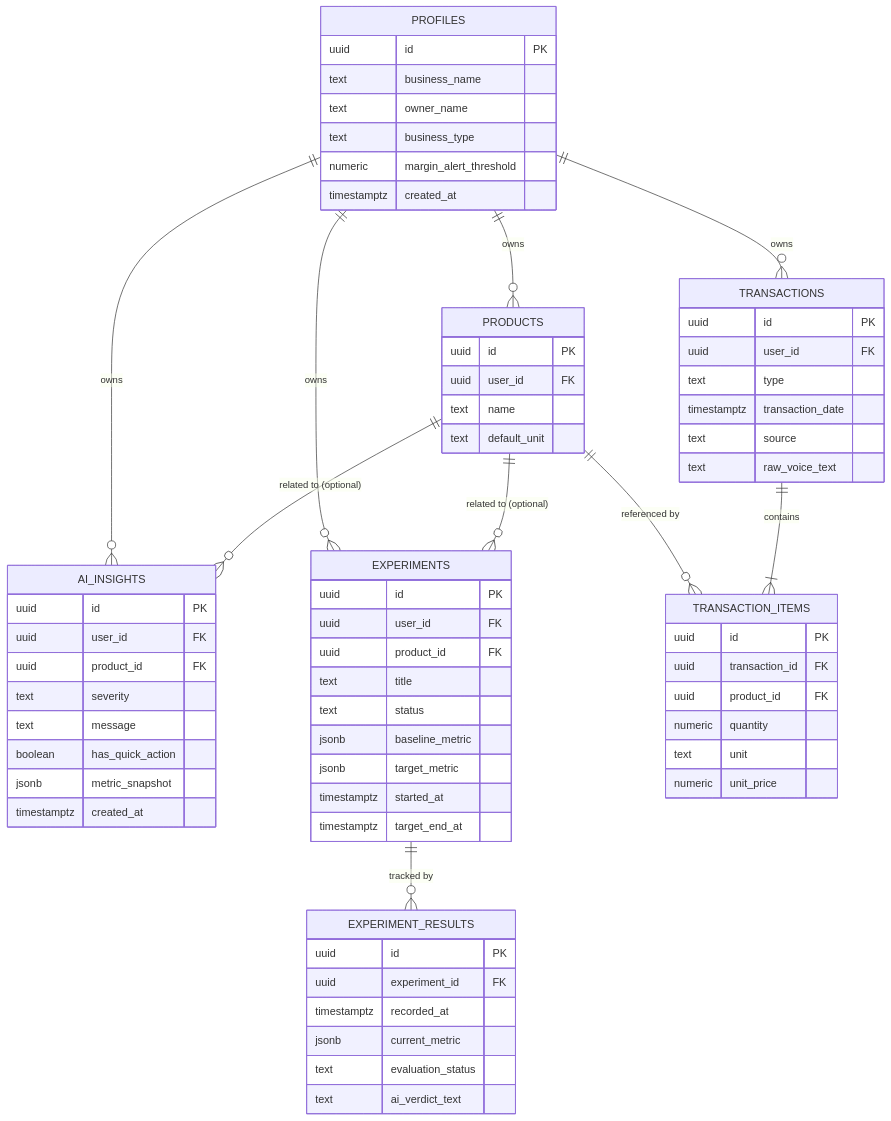
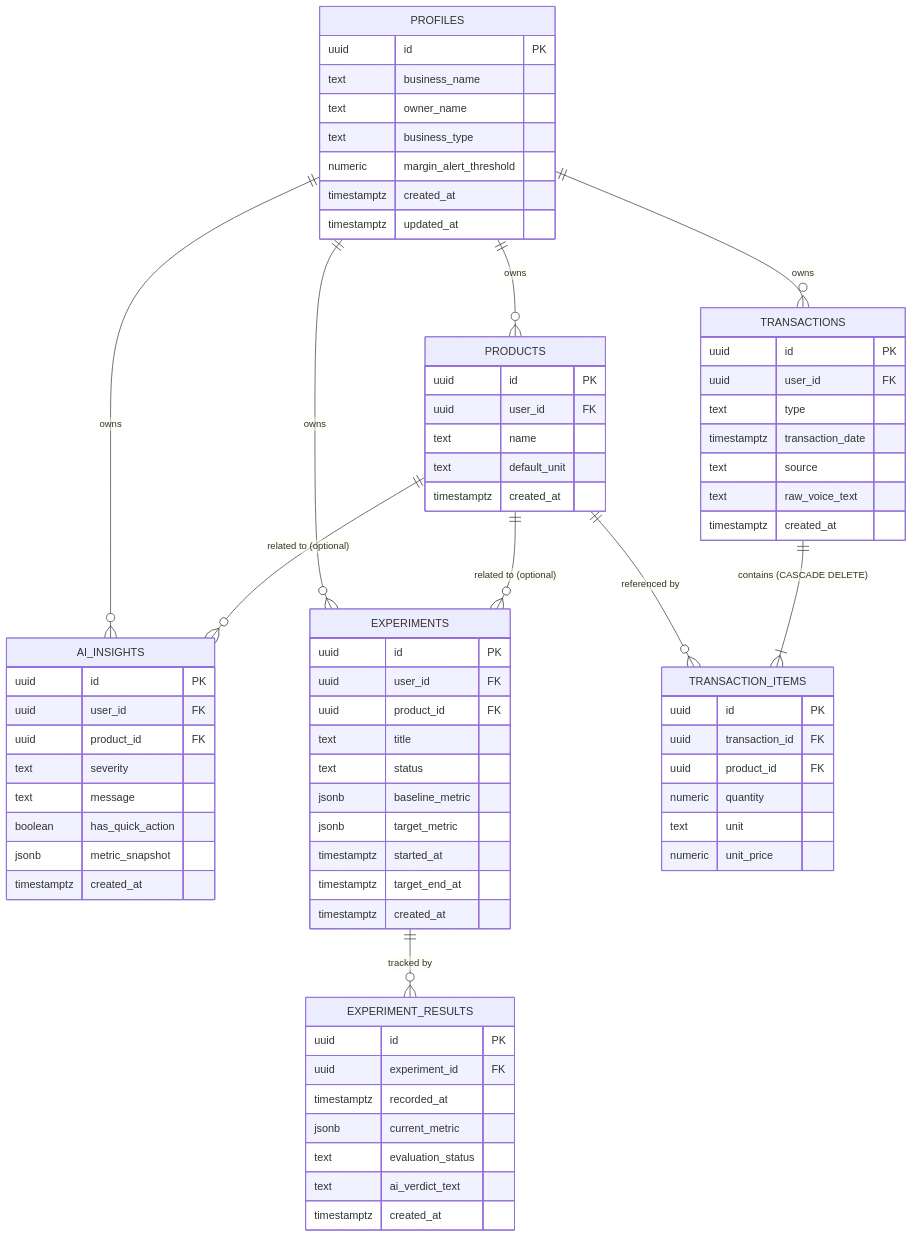
One commit to roymartin-glitch/Vocasyncc changed the first of 5 diagrams in TECHNICAL_SPEC.md. Above: the diagram before and after it, drawn with Mermaid. The commit also changed other lines of this file and 15 other files, not shown here.

````diff
--- a/TECHNICAL_SPEC.md
+++ b/TECHNICAL_SPEC.md
@@ -289,74 +448,79 @@
 ```mermaid
 erDiagram
     PROFILES ||--o{ PRODUCTS : owns
     PROFILES ||--o{ TRANSACTIONS : owns
     PROFILES ||--o{ AI_INSIGHTS : owns
     PROFILES ||--o{ EXPERIMENTS : owns
 
     PRODUCTS ||--o{ TRANSACTION_ITEMS : "referenced by"
     PRODUCTS ||--o{ AI_INSIGHTS : "related to (optional)"
     PRODUCTS ||--o{ EXPERIMENTS : "related to (optional)"
 
-    TRANSACTIONS ||--|{ TRANSACTION_ITEMS : contains
+    TRANSACTIONS ||--|{ TRANSACTION_ITEMS : "contains (CASCADE DELETE)"
     EXPERIMENTS ||--o{ EXPERIMENT_RESULTS : "tracked by"
 
     PROFILES {
         uuid id PK
         text business_name
         text owner_name
         text business_type
         numeric margin_alert_threshold
         timestamptz created_at
+        timestamptz updated_at
     }
     PRODUCTS {
         uuid id PK
         uuid user_id FK
         text name
         text default_unit
+        timestamptz created_at
     }
     TRANSACTIONS {
         uuid id PK
         uuid user_id FK
         text type
         timestamptz transaction_date
         text source
         text raw_voice_text
+        timestamptz created_at
     }
     TRANSACTION_ITEMS {
         uuid id PK
         uuid transaction_id FK
         uuid product_id FK
         numeric quantity
         text unit
         numeric unit_price
     }
     AI_INSIGHTS {
         uuid id PK
         uuid user_id FK
         uuid product_id FK
         text severity
         text message
         boolean has_quick_action
         jsonb metric_snapshot
         timestamptz created_at
     }
     EXPERIMENTS {
         uuid id PK
         uuid user_id FK
         uuid product_id FK
         text title
         text status
         jsonb baseline_metric
         jsonb target_metric
         timestamptz started_at
         timestamptz target_end_at
+        timestamptz created_at
     }
     EXPERIMENT_RESULTS {
         uuid id PK
         uuid experiment_id FK
         timestamptz recorded_at
         jsonb current_metric
         text evaluation_status
         text ai_verdict_text
+        timestamptz created_at
     }
 ```
````
